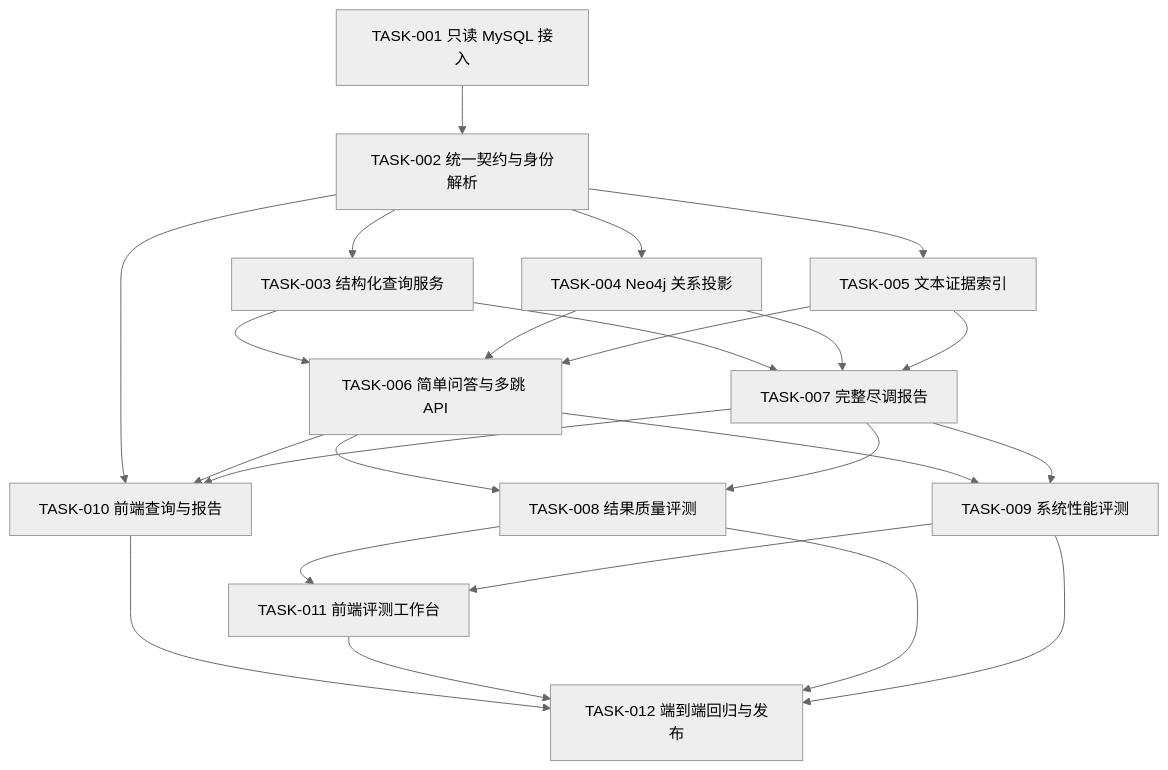
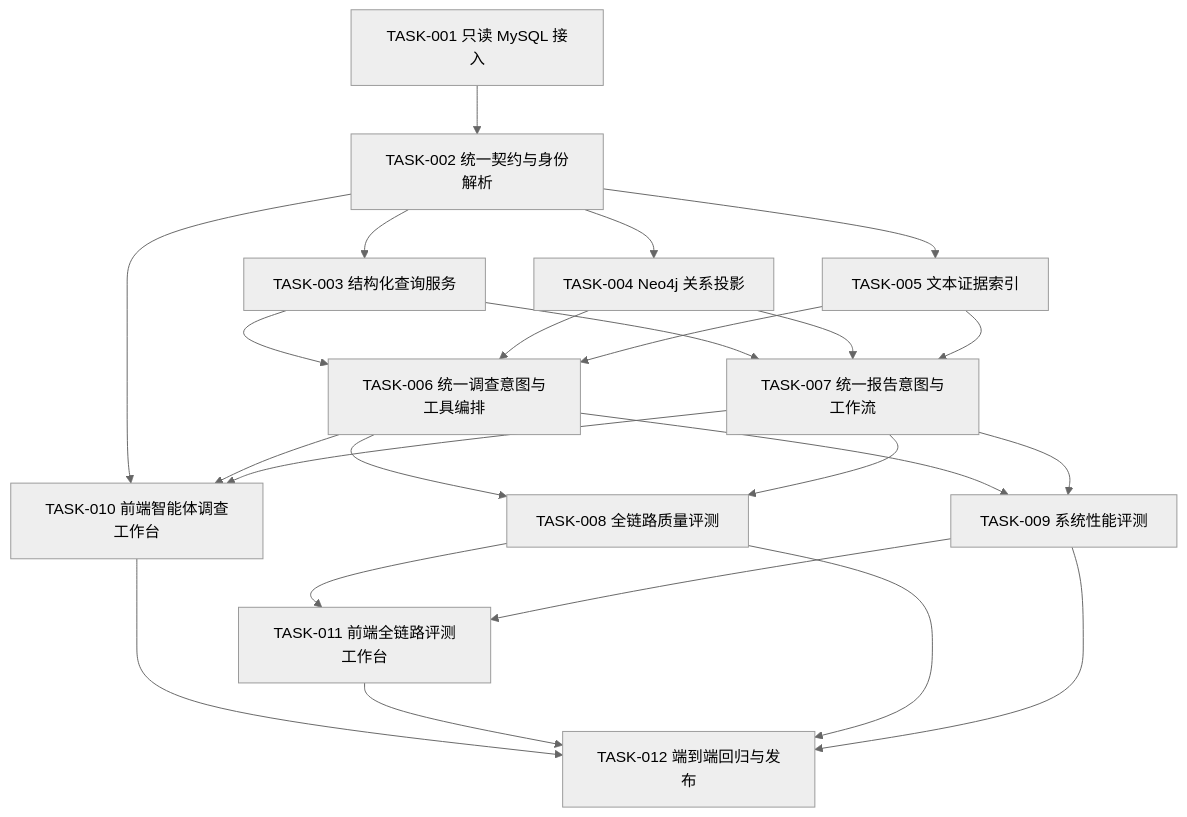
One commit to 1yu2/company-relation changed the diagram in tasks/company-due-diligence/README.md. Above: the diagram before and after it, drawn with Mermaid (neutral theme). The commit also changed other lines of this file and 146 other files, not shown here.

````diff
--- a/tasks/company-due-diligence/README.md
+++ b/tasks/company-due-diligence/README.md
@@ -18,39 +19,39 @@
 ```mermaid
 flowchart TD
     T001[TASK-001 只读 MySQL 接入]
     T002[TASK-002 统一契约与身份解析]
     T003[TASK-003 结构化查询服务]
     T004[TASK-004 Neo4j 关系投影]
     T005[TASK-005 文本证据索引]
-    T006[TASK-006 简单问答与多跳 API]
-    T007[TASK-007 完整尽调报告]
-    T008[TASK-008 结果质量评测]
+    T006[TASK-006 统一调查意图与工具编排]
+    T007[TASK-007 统一报告意图与工作流]
+    T008[TASK-008 全链路质量评测]
     T009[TASK-009 系统性能评测]
-    T010[TASK-010 前端查询与报告]
-    T011[TASK-011 前端评测工作台]
+    T010[TASK-010 前端智能体调查工作台]
+    T011[TASK-011 前端全链路评测工作台]
     T012[TASK-012 端到端回归与发布]
 
     T001 --> T002
     T002 --> T003
     T002 --> T004
     T002 --> T005
     T003 --> T006
     T004 --> T006
     T005 --> T006
     T003 --> T007
     T004 --> T007
     T005 --> T007
     T006 --> T008
     T007 --> T008
     T006 --> T009
     T007 --> T009
     T002 --> T010
     T006 --> T010
     T007 --> T010
     T008 --> T011
     T009 --> T011
     T010 --> T012
     T011 --> T012
     T008 --> T012
     T009 --> T012
 ```
````
